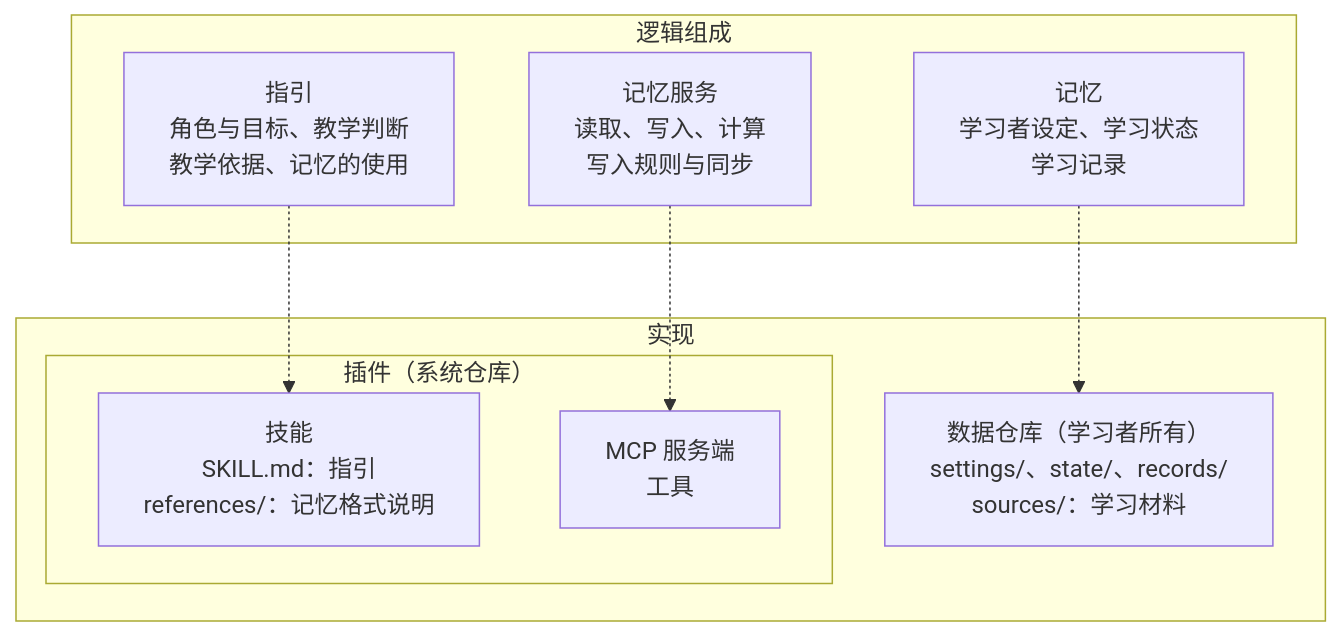
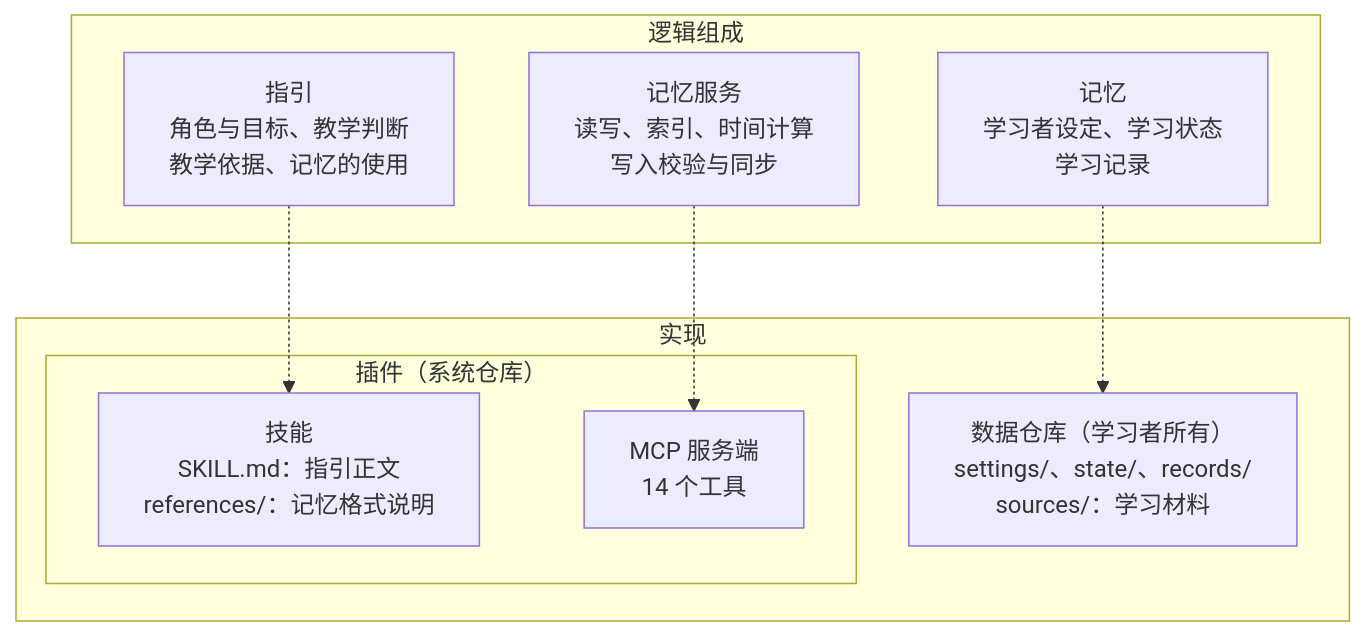
One commit to Aice-Chen/cairn-system changed the diagram in docs/README.md. Above: the diagram before and after it, drawn with Mermaid. The commit also changed other lines of this file and 11 other files, not shown here.

````diff
--- a/docs/README.md
+++ b/docs/README.md
@@ -34,18 +35,18 @@
 ```mermaid
 flowchart TB
     subgraph logical["逻辑组成"]
         G["指引<br/>角色与目标、教学判断<br/>教学依据、记忆的使用"]
-        S["记忆服务<br/>读取、写入、计算<br/>写入规则与同步"]
+        S["记忆服务<br/>读写、索引、时间计算<br/>写入校验与同步"]
         M["记忆<br/>学习者设定、学习状态<br/>学习记录"]
     end
     subgraph impl["实现"]
         subgraph plugin["插件（系统仓库）"]
-            SK["技能<br/>SKILL.md：指引<br/>references/：记忆格式说明"]
-            SV["MCP 服务端<br/>工具"]
+            SK["技能<br/>SKILL.md：指引正文<br/>references/：记忆格式说明"]
+            SV["MCP 服务端<br/>14 个工具"]
         end
         DR["数据仓库（学习者所有）<br/>settings/、state/、records/<br/>sources/：学习材料"]
     end
     G -.-> SK
     S -.-> SV
     M -.-> DR
 ```
````
